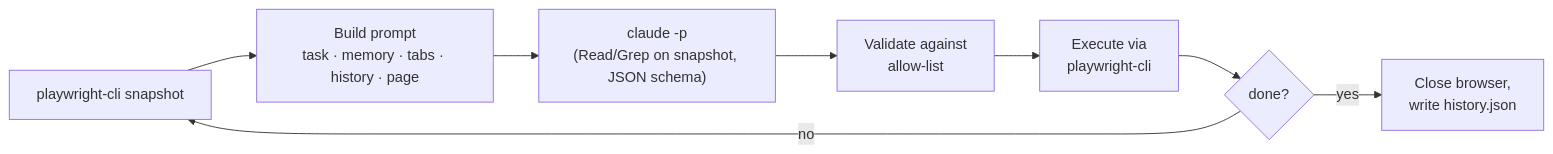
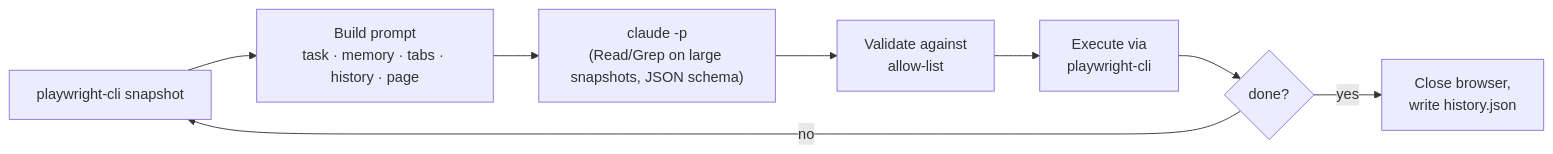
One commit to locle97/duckwright changed the diagram in README.md. Above: the diagram before and after it, drawn with Mermaid. The commit also changed other lines of this file and 15 other files, not shown here.

First line of the commit message:
feat: hybrid snapshot mode (default): paste pages up to 5,000 chars, grep larger

````diff
--- a/README.md
+++ b/README.md
@@ -269,10 +271,10 @@
 ```mermaid
 flowchart LR
     A[playwright-cli snapshot] --> B[Build prompt<br/>task · memory · tabs · history · page]
-    B --> C["claude -p<br/>(Read/Grep on snapshot, JSON schema)"]
+    B --> C["claude -p<br/>(Read/Grep on large snapshots, JSON schema)"]
     C --> D[Validate against<br/>allow-list]
     D --> E[Execute via<br/>playwright-cli]
     E --> F{done?}
     F -- no --> A
     F -- yes --> G[Close browser,<br/>write history.json]
 ```
````
